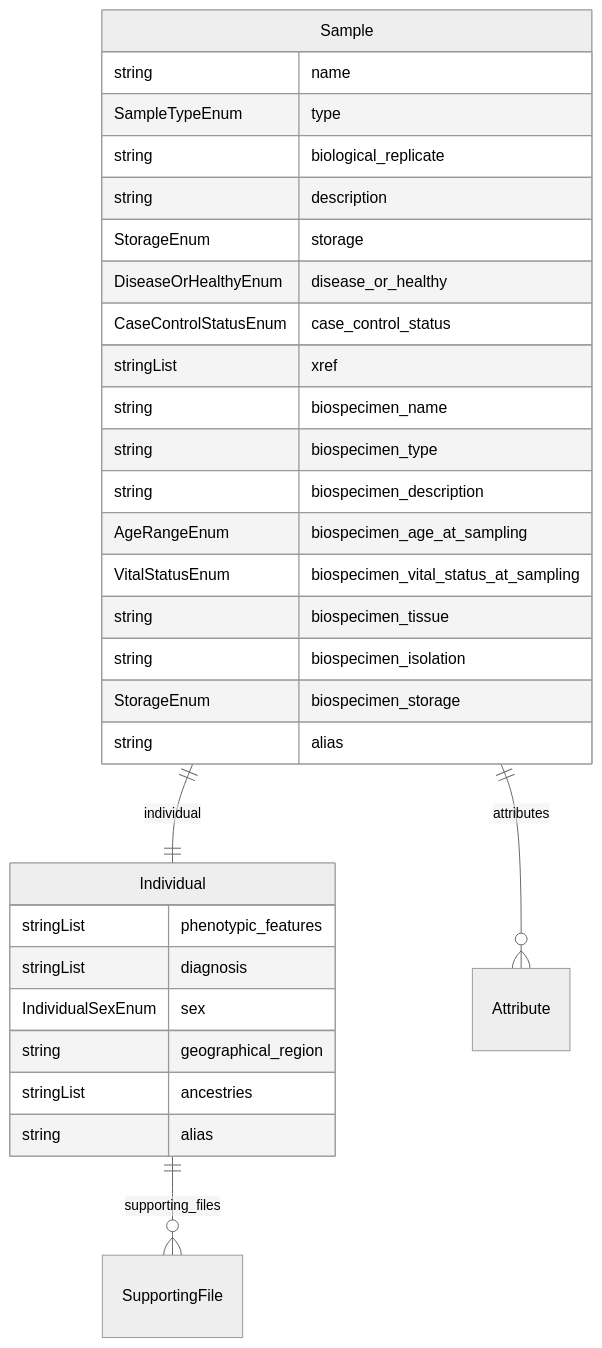
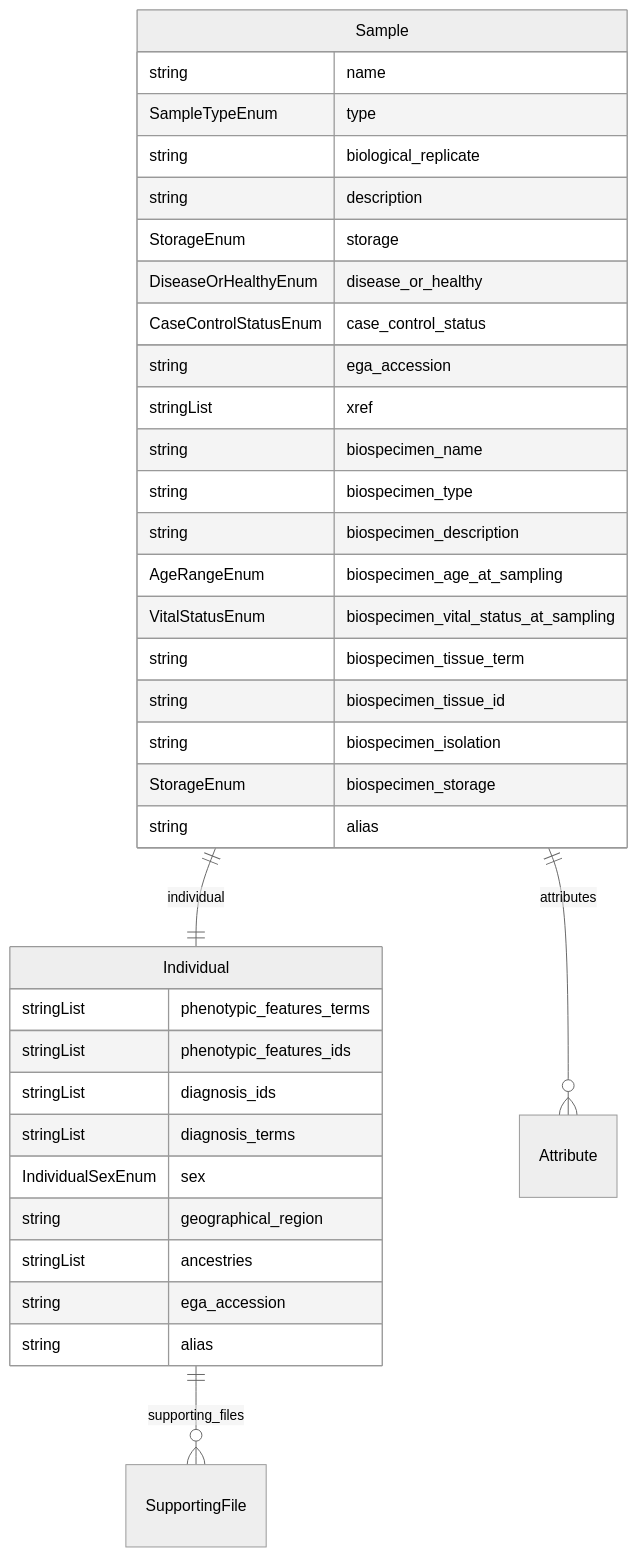
One commit to ghga-de/ghga-metadata-schema changed the fourth of 5 diagrams in docs/entity_relations.md. Above: the diagram before and after it, drawn with Mermaid (neutral theme). The commit also changed other lines of this file and 73 other files, not shown here.

````diff
--- a/docs/entity_relations.md
+++ b/docs/entity_relations.md
@@ -154,35 +154,40 @@
 ```mermaid
 erDiagram
 Individual {
-    stringList phenotypic_features  
-    stringList diagnosis  
+    stringList phenotypic_features_terms  
+    stringList phenotypic_features_ids  
+    stringList diagnosis_ids  
+    stringList diagnosis_terms  
     IndividualSexEnum sex  
     string geographical_region  
     stringList ancestries  
+    string ega_accession  
     string alias  
 }
 Sample {
     string name  
     SampleTypeEnum type  
     string biological_replicate  
     string description  
     StorageEnum storage  
     DiseaseOrHealthyEnum disease_or_healthy  
     CaseControlStatusEnum case_control_status  
+    string ega_accession  
     stringList xref  
     string biospecimen_name  
     string biospecimen_type  
     string biospecimen_description  
     AgeRangeEnum biospecimen_age_at_sampling  
     VitalStatusEnum biospecimen_vital_status_at_sampling  
-    string biospecimen_tissue  
+    string biospecimen_tissue_term  
+    string biospecimen_tissue_id  
     string biospecimen_isolation  
     StorageEnum biospecimen_storage  
     string alias  
 }
 
 Individual ||--}o SupportingFile : "supporting_files"
 Sample ||--|| Individual : "individual"
 Sample ||--}o Attribute : "attributes"
 
 ```
````
